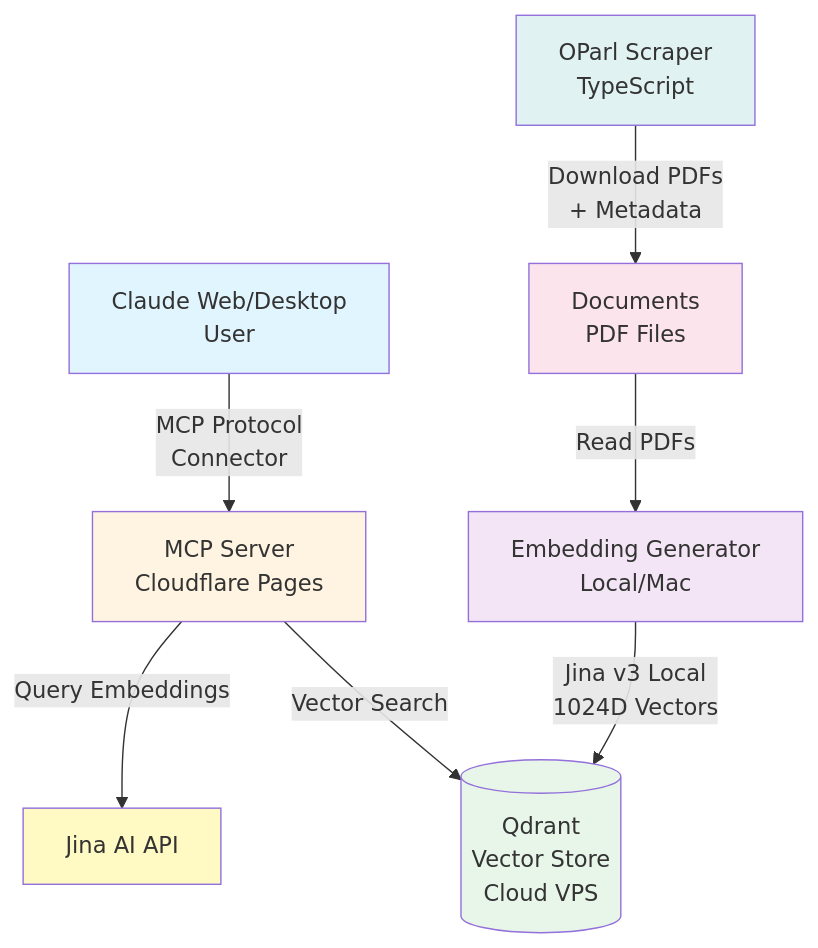
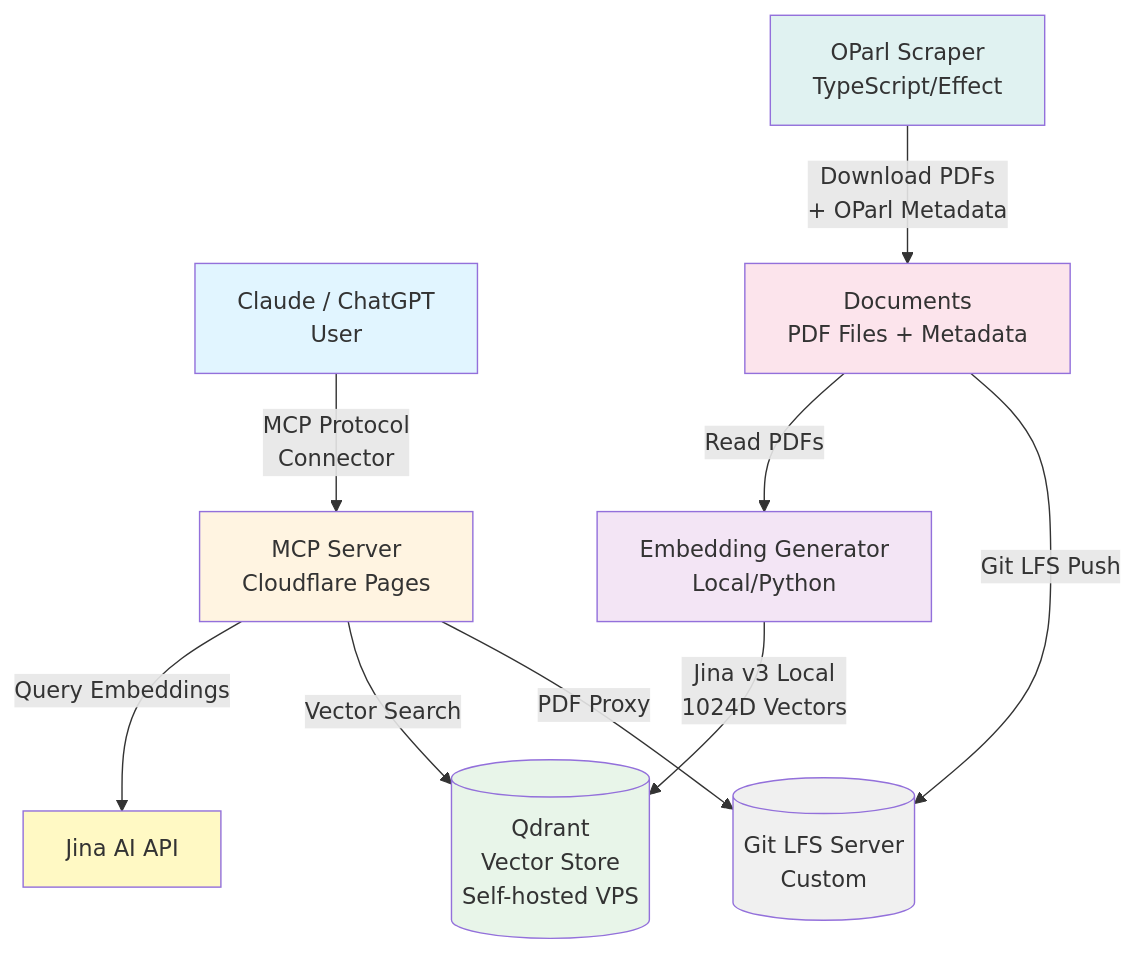
The diagram in README.md (levino/nordstemmen-ai), drawn with Mermaid before and after one commit. The commit also changed other lines of this file and 3 other files, not shown here.

````diff
--- a/README.md
+++ b/README.md
@@ -69,25 +69,29 @@
 ```mermaid
 graph TB
-    User[Claude Web/Desktop<br/>User]
+    User[Claude / ChatGPT<br/>User]
     MCP[MCP Server<br/>Cloudflare Pages]
-    Qdrant[(Qdrant<br/>Vector Store<br/>Cloud VPS)]
-    Embeddings[Embedding Generator<br/>Local/Mac]
-    Docs[Documents<br/>PDF Files]
-    Scraper[OParl Scraper<br/>TypeScript]
+    Qdrant[(Qdrant<br/>Vector Store<br/>Self-hosted VPS)]
+    LFS[(Git LFS Server<br/>Custom)]
+    Embeddings[Embedding Generator<br/>Local/Python]
+    Docs[Documents<br/>PDF Files + Metadata]
+    Scraper[OParl Scraper<br/>TypeScript/Effect]
     Jina[Jina AI API]
 
     User -->|MCP Protocol<br/>Connector| MCP
     MCP -->|Query Embeddings| Jina
     MCP -->|Vector Search| Qdrant
-    Scraper -->|Download PDFs<br/>+ Metadata| Docs
+    MCP -->|PDF Proxy| LFS
+    Scraper -->|Download PDFs<br/>+ OParl Metadata| Docs
     Docs -->|Read PDFs| Embeddings
     Embeddings -->|Jina v3 Local<br/>1024D Vectors| Qdrant
+    Docs -->|Git LFS Push| LFS
 
     style User fill:#e1f5ff
     style MCP fill:#fff4e1
     style Qdrant fill:#e8f5e9
     style Embeddings fill:#f3e5f5
     style Docs fill:#fce4ec
     style Scraper fill:#e0f2f1
     style Jina fill:#fff9c4
+    style LFS fill:#f0f0f0
 ```
````
